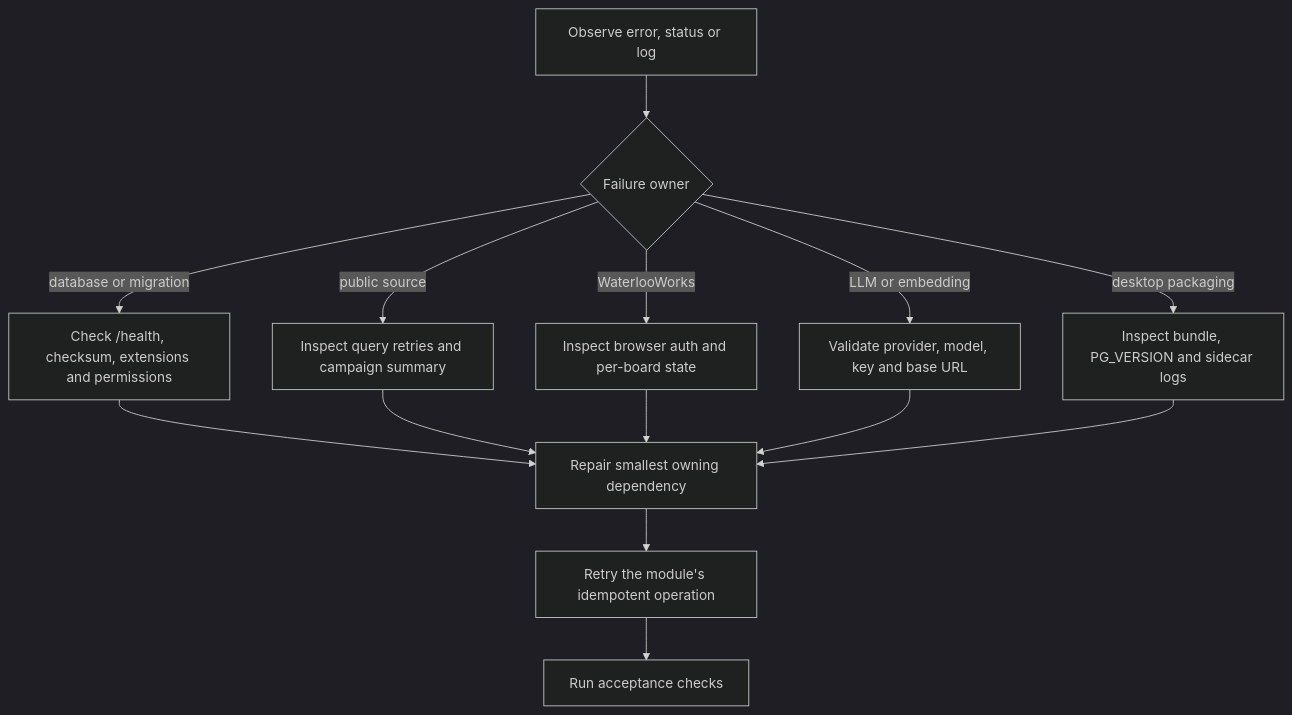
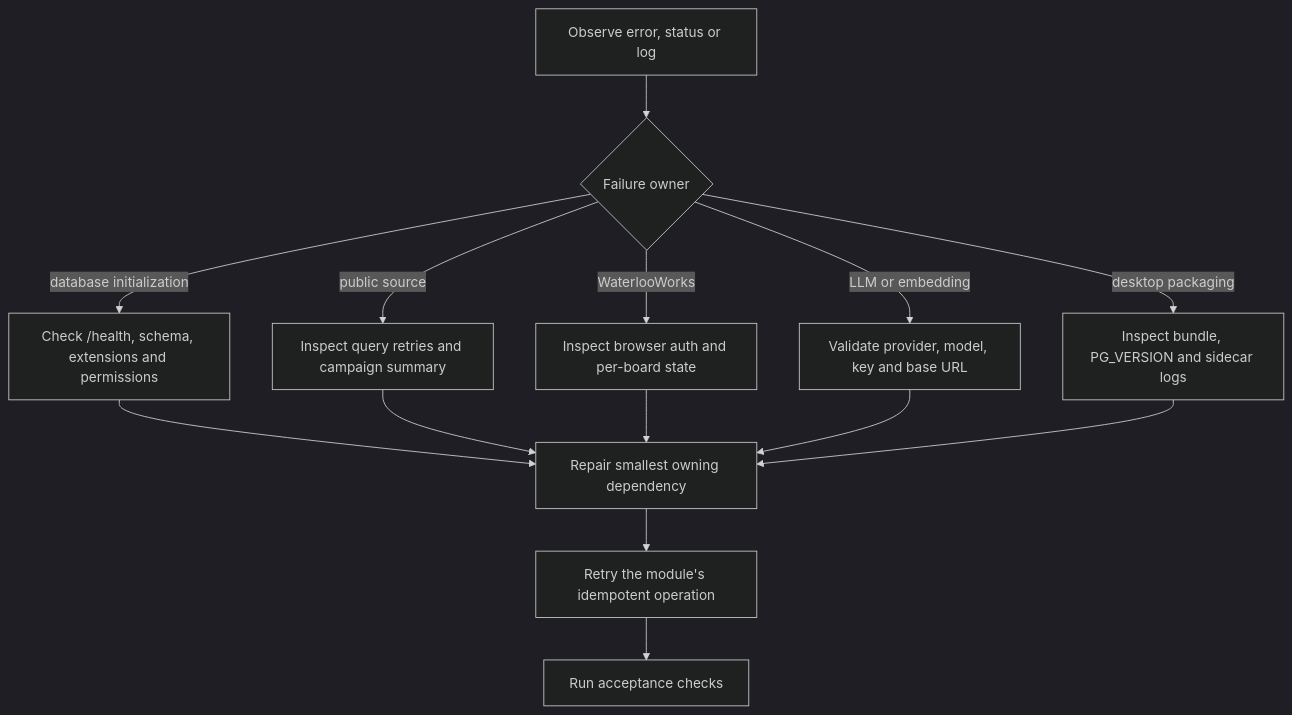
One commit to KaiusJin/WeCanFindIntern changed the second of 2 diagrams in docs/modules/operations.md. Above: the diagram before and after it, drawn with Mermaid (dark theme). The commit also changed other lines of this file and 54 other files, not shown here.

````diff
--- a/docs/modules/operations.md
+++ b/docs/modules/operations.md
@@ -124,16 +124,16 @@
 ```mermaid
 flowchart TD
     S[Observe error, status or log] --> C{Failure owner}
-    C -->|database or migration| D[Check /health, checksum, extensions and permissions]
+    C -->|database initialization| D[Check /health, schema, extensions and permissions]
     C -->|public source| P[Inspect query retries and campaign summary]
     C -->|WaterlooWorks| W[Inspect browser auth and per-board state]
     C -->|LLM or embedding| L[Validate provider, model, key and base URL]
     C -->|desktop packaging| E[Inspect bundle, PG_VERSION and sidecar logs]
     D --> R[Repair smallest owning dependency]
     P --> R
     W --> R
     L --> R
     E --> R
     R --> T[Retry the module's idempotent operation]
     T --> V[Run acceptance checks]
 ```
````
